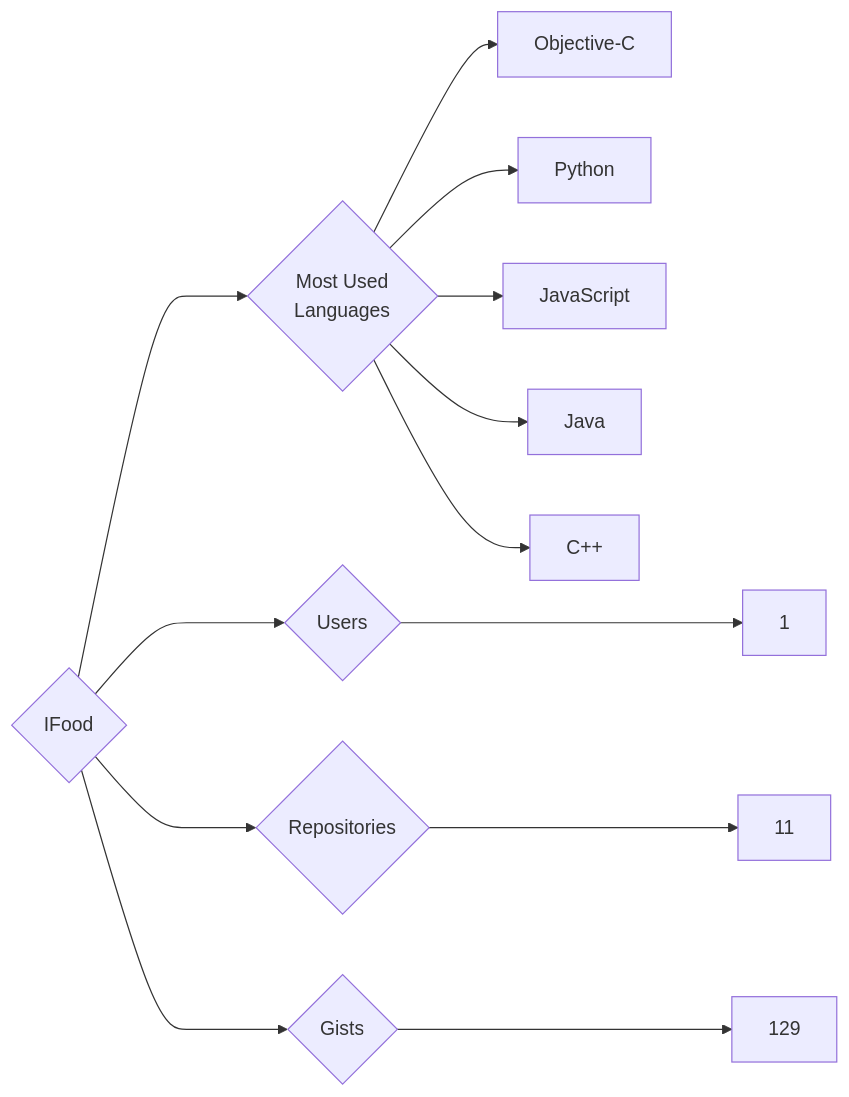
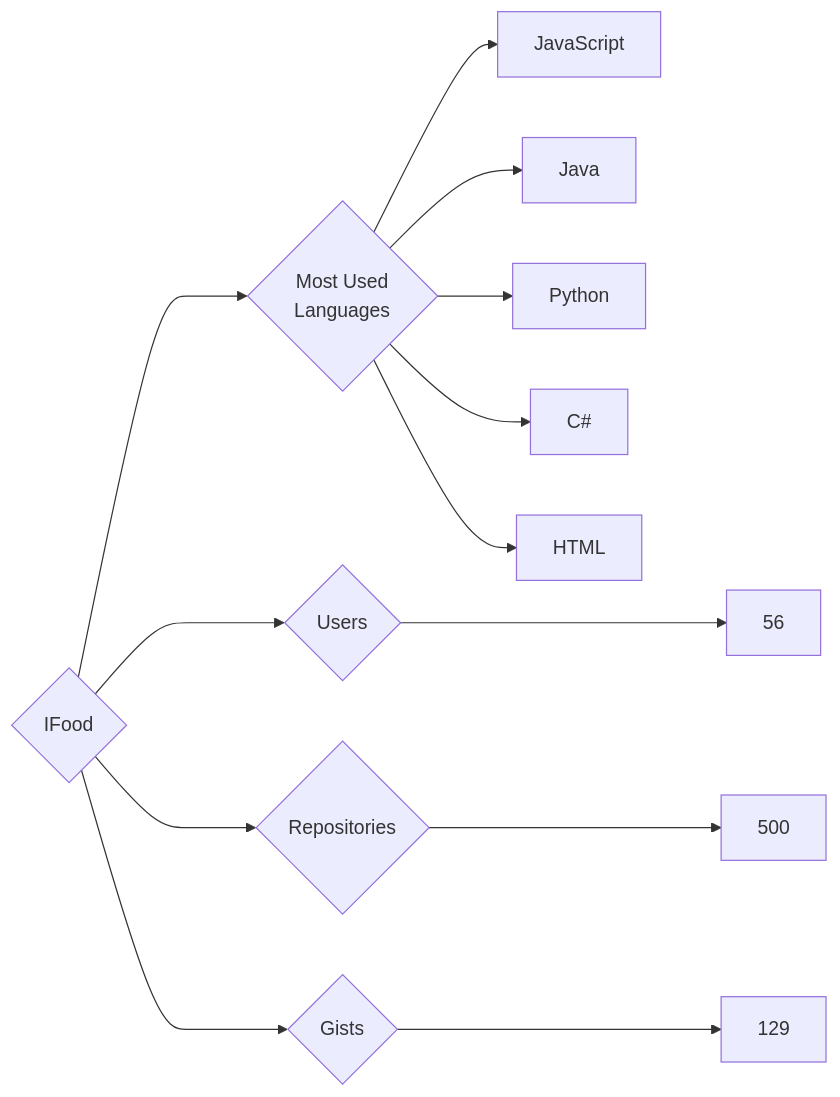
The diagram in targets/IFood/README.md (trickest/insiders), drawn with Mermaid before and after one commit. The commit also changed 639 other files, not shown here.

````diff
--- a/targets/IFood/README.md
+++ b/targets/IFood/README.md
@@ -3,13 +3,13 @@
 ```mermaid
 graph LR
 COMPANY_NAME{IFood}
-COMPANY_NAME ---> U{Users} ---> UN[1]
-COMPANY_NAME ---> R{Repositories} ---> RN[11]
+COMPANY_NAME ---> U{Users} ---> UN[56]
+COMPANY_NAME ---> R{Repositories} ---> RN[500]
 COMPANY_NAME ---> G{Gists} ---> GN[129]
 COMPANY_NAME ---> ML{Most Used<br>Languages}
-ML --> Objective-C[Objective-C]
-ML --> Python[Python]
 ML --> JavaScript[JavaScript]
 ML --> Java[Java]
-ML --> C++[C++]
+ML --> Python[Python]
+ML --> C#[C#]
+ML --> HTML[HTML]
 ```
````
